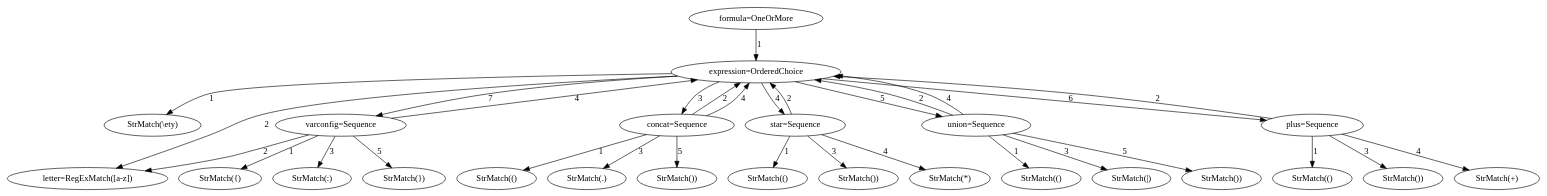
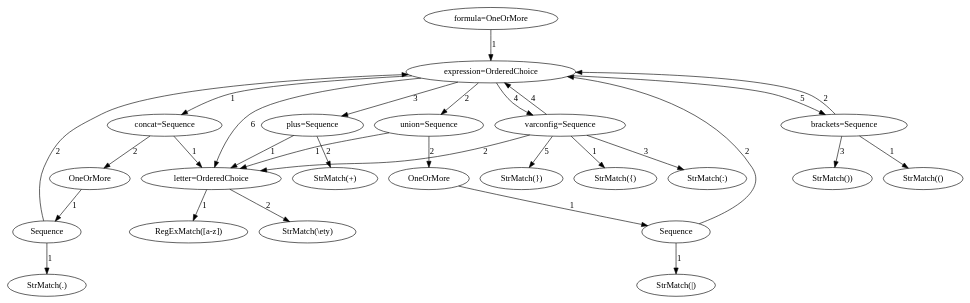
One commit to yipsimon/DocumentSpanners_MSc changed the diagram in formula_parser_model.dot. Above: the diagram before and after it, drawn with Graphviz. The commit also changed 12 other files, not shown here.

```diff
--- a/formula_parser_model.dot
+++ b/formula_parser_model.dot
@@ -1,88 +1,82 @@
 digraph arpeggio_graph {
-139780553657744 [label="formula=OneOrMore"];
-139780553657744->139780553657872 [label="1"]
+140510281919888 [label="formula=OneOrMore"];
+140510281919888->140510281920016 [label="1"]
 
-139780553657872 [label="expression=OrderedChoice"];
-139780553657872->139780553658192 [label="1"]
+140510281920016 [label="expression=OrderedChoice"];
+140510281920016->140510281920272 [label="1"]
 
-139780553658192 [label="StrMatch(\\ety)"];
-139780553657872->139780553203984 [label="2"]
+140510281920272 [label="concat=Sequence"];
+140510281920272->140510281969744 [label="1"]
 
-139780553203984 [label="letter=RegExMatch([a-z])"];
-139780553657872->139780553205392 [label="3"]
+140510281969744 [label="letter=OrderedChoice"];
+140510281969744->140510281920464 [label="1"]
 
-139780553205392 [label="concat=Sequence"];
-139780553205392->139780553228752 [label="1"]
+140510281920464 [label="RegExMatch([a-z])"];
+140510281969744->140510281969872 [label="2"]
 
-139780553228752 [label="StrMatch(()"];
-139780553205392->139780553657872 [label="2"]
+140510281969872 [label="StrMatch(\\ety)"];
+140510281920272->140510281920208 [label="2"]
 
-139780553205392->139780553228944 [label="3"]
+140510281920208 [label="OneOrMore"];
+140510281920208->140510281920400 [label="1"]
 
-139780553228944 [label="StrMatch(.)"];
-139780553205392->139780553657872 [label="4"]
+140510281920400 [label="Sequence"];
+140510281920400->140510281969936 [label="1"]
 
-139780553205392->139780553230480 [label="5"]
+140510281969936 [label="StrMatch(.)"];
+140510281920400->140510281920016 [label="2"]
 
-139780553230480 [label="StrMatch())"];
-139780553657872->139780553207440 [label="4"]
+140510281920016->140510281969808 [label="2"]
 
-139780553207440 [label="star=Sequence"];
-139780553207440->139780553291856 [label="1"]
+140510281969808 [label="union=Sequence"];
+140510281969808->140510281969744 [label="1"]
 
-139780553291856 [label="StrMatch(()"];
-139780553207440->139780553657872 [label="2"]
+140510281969808->140510281920336 [label="2"]
 
-139780553207440->139780553291920 [label="3"]
+140510281920336 [label="OneOrMore"];
+140510281920336->140510281970064 [label="1"]
 
-139780553291920 [label="StrMatch())"];
-139780553207440->139780553291984 [label="4"]
+140510281970064 [label="Sequence"];
+140510281970064->140510281970192 [label="1"]
 
-139780553291984 [label="StrMatch(*)"];
-139780553657872->139780553291792 [label="5"]
+140510281970192 [label="StrMatch(|)"];
+140510281970064->140510281920016 [label="2"]
 
-139780553291792 [label="union=Sequence"];
-139780553291792->139780553292112 [label="1"]
+140510281920016->140510281970000 [label="3"]
 
-139780553292112 [label="StrMatch(()"];
-139780553291792->139780553657872 [label="2"]
+140510281970000 [label="plus=Sequence"];
+140510281970000->140510281969744 [label="1"]
 
-139780553291792->139780553292176 [label="3"]
+140510281970000->140510281970256 [label="2"]
 
-139780553292176 [label="StrMatch(|)"];
-139780553291792->139780553657872 [label="4"]
+140510281970256 [label="StrMatch(+)"];
+140510281920016->140510281970128 [label="4"]
 
-139780553291792->139780553292240 [label="5"]
+140510281970128 [label="varconfig=Sequence"];
+140510281970128->140510281970384 [label="1"]
 
-139780553292240 [label="StrMatch())"];
-139780553657872->139780553292048 [label="6"]
+140510281970384 [label="StrMatch({)"];
+140510281970128->140510281969744 [label="2"]
 
-139780553292048 [label="plus=Sequence"];
-139780553292048->139780553292368 [label="1"]
+140510281970128->140510281970448 [label="3"]
 
-139780553292368 [label="StrMatch(()"];
-139780553292048->139780553657872 [label="2"]
+140510281970448 [label="StrMatch(:)"];
+140510281970128->140510281920016 [label="4"]
 
-139780553292048->139780553292432 [label="3"]
+140510281970128->140510281970512 [label="5"]
 
-139780553292432 [label="StrMatch())"];
-139780553292048->139780553292496 [label="4"]
+140510281970512 [label="StrMatch(})"];
+140510281920016->140510281970320 [label="5"]
 
-139780553292496 [label="StrMatch(+)"];
-139780553657872->139780553292304 [label="7"]
+140510281970320 [label="brackets=Sequence"];
+140510281970320->140510281970640 [label="1"]
 
-139780553292304 [label="varconfig=Sequence"];
-139780553292304->139780553292624 [label="1"]
+140510281970640 [label="StrMatch(()"];
+140510281970320->140510281920016 [label="2"]
 
-139780553292624 [label="StrMatch({)"];
-139780553292304->139780553203984 [label="2"]
+140510281970320->140510281970704 [label="3"]
 
-139780553292304->139780553292688 [label="3"]
+140510281970704 [label="StrMatch())"];
+140510281920016->140510281969744 [label="6"]
 
-139780553292688 [label="StrMatch(:)"];
-139780553292304->139780553657872 [label="4"]
-
-139780553292304->139780553292752 [label="5"]
-
-139780553292752 [label="StrMatch(})"];
 }
```
